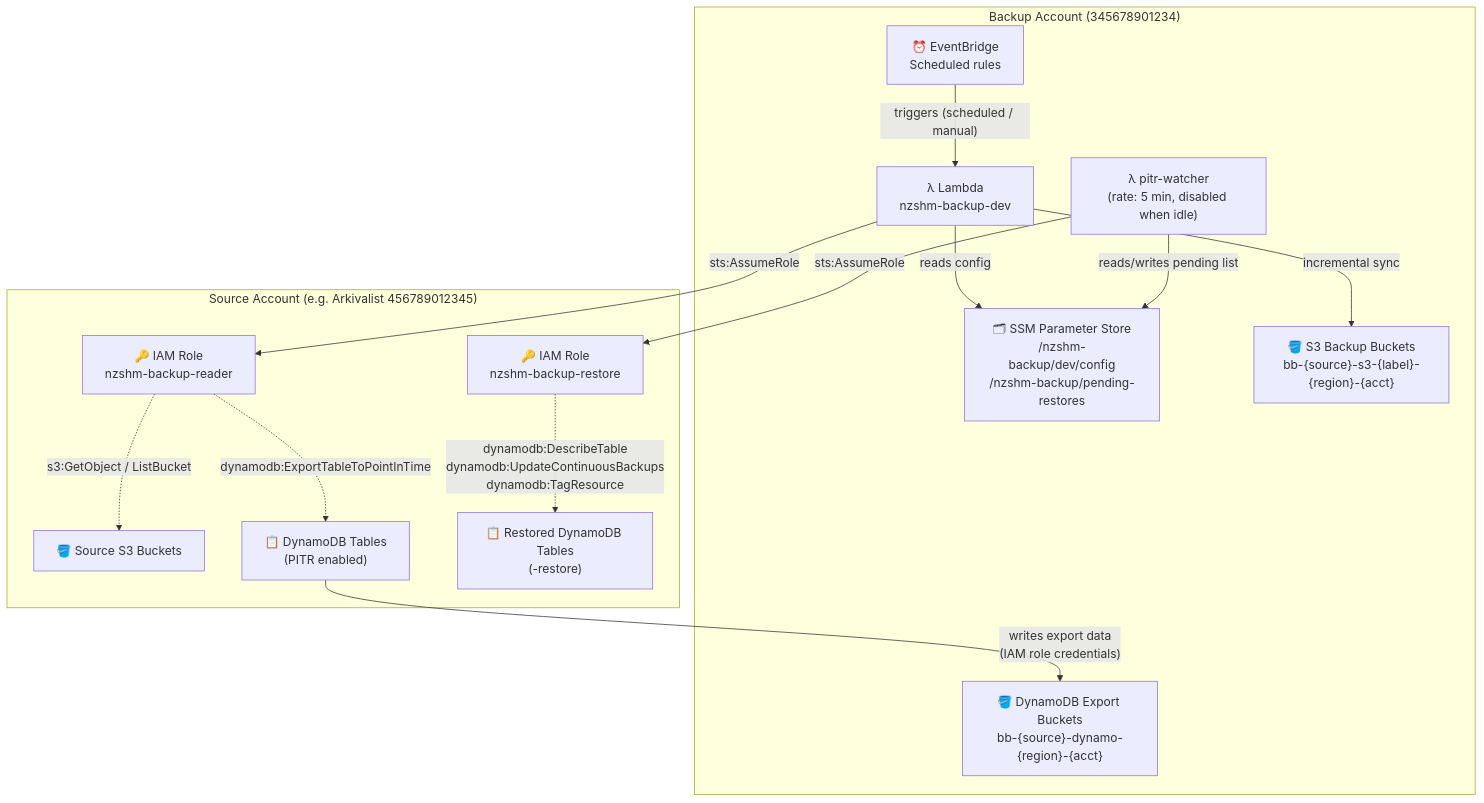
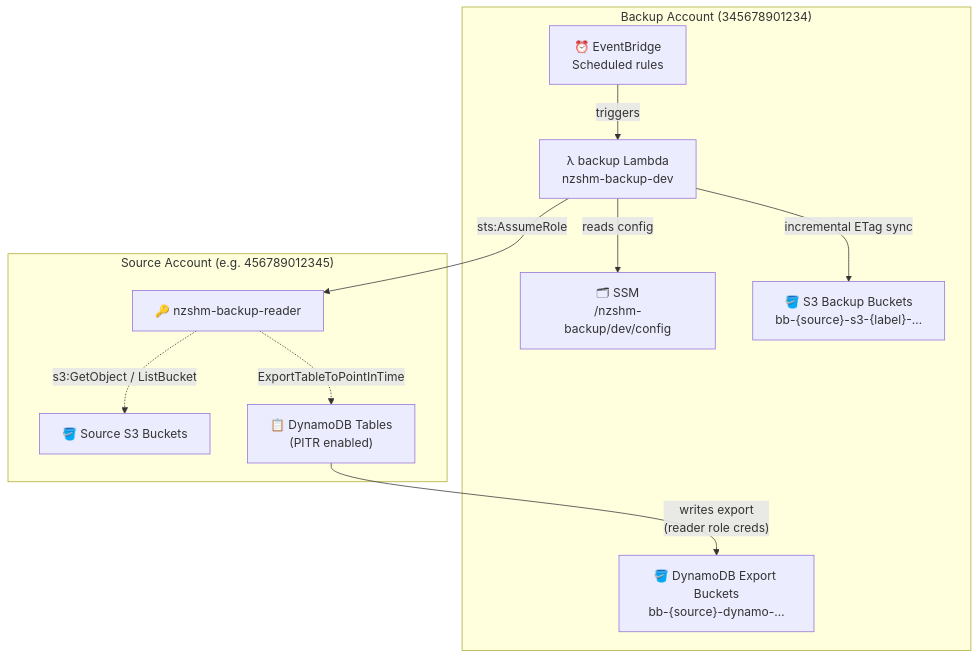
Before and after one commit to GNS-Science/aws-snapshot: the first of 4 diagrams in docs/architecture/overview.md, drawn with Mermaid. The commit also changed other lines of this file and 15 other files, not shown here.

First line of the commit message:
docs: refactor docs site — mermaid, mkdocs-click, nav, dedup, stubs

````diff
--- a/docs/architecture/overview.md
+++ b/docs/architecture/overview.md
@@ -13,31 +26,24 @@
 ```mermaid
 graph TB
     subgraph backup["Backup Account (345678901234)"]
         EB["⏰ EventBridge\nScheduled rules"]
-        L["λ Lambda\nnzshm-backup-dev"]
-        PW["λ pitr-watcher\n(rate: 5 min, disabled when idle)"]
-        SSM["🗂 SSM Parameter Store\n/nzshm-backup/dev/config\n/nzshm-backup/pending-restores"]
-        S3BB["🪣 S3 Backup Buckets\nbb-{source}-s3-{label}-{region}-{acct}"]
-        S3DY["🪣 DynamoDB Export Buckets\nbb-{source}-dynamo-{region}-{acct}"]
+        L["λ backup Lambda\nnzshm-backup-dev"]
+        SSM["🗂 SSM\n/nzshm-backup/dev/config"]
+        S3BB["🪣 S3 Backup Buckets\nbb-{source}-s3-{label}-…"]
+        S3DY["🪣 DynamoDB Export Buckets\nbb-{source}-dynamo-…"]
     end
 
-    subgraph source["Source Account (e.g. Arkivalist 456789012345)"]
-        READER["🔑 IAM Role\nnzshm-backup-reader"]
-        RESTORE["🔑 IAM Role\nnzshm-backup-restore"]
+    subgraph source["Source Account (e.g. 456789012345)"]
+        READER["🔑 nzshm-backup-reader"]
         S3SRC["🪣 Source S3 Buckets"]
         DDB["📋 DynamoDB Tables\n(PITR enabled)"]
-        DDB2["📋 Restored DynamoDB Tables\n(<name>-restore)"]
     end
 
-    EB -->|"triggers (scheduled / manual)"| L
+    EB -->|"triggers"| L
     L -->|"reads config"| SSM
     L -->|"sts:AssumeRole"| READER
     READER -.->|"s3:GetObject / ListBucket"| S3SRC
-    L -->|"incremental sync"| S3BB
-    READER -.->|"dynamodb:ExportTableToPointInTime"| DDB
-    DDB -->|"writes export data\n(IAM role credentials)"| S3DY
-
-    PW -->|"reads/writes pending list"| SSM
-    PW -->|"sts:AssumeRole"| RESTORE
-    RESTORE -.->|"dynamodb:DescribeTable\ndynamodb:UpdateContinuousBackups\ndynamodb:TagResource"| DDB2
+    L -->|"incremental ETag sync"| S3BB
+    READER -.->|"ExportTableToPointInTime"| DDB
+    DDB -->|"writes export\n(reader role creds)"| S3DY
 ```
````
